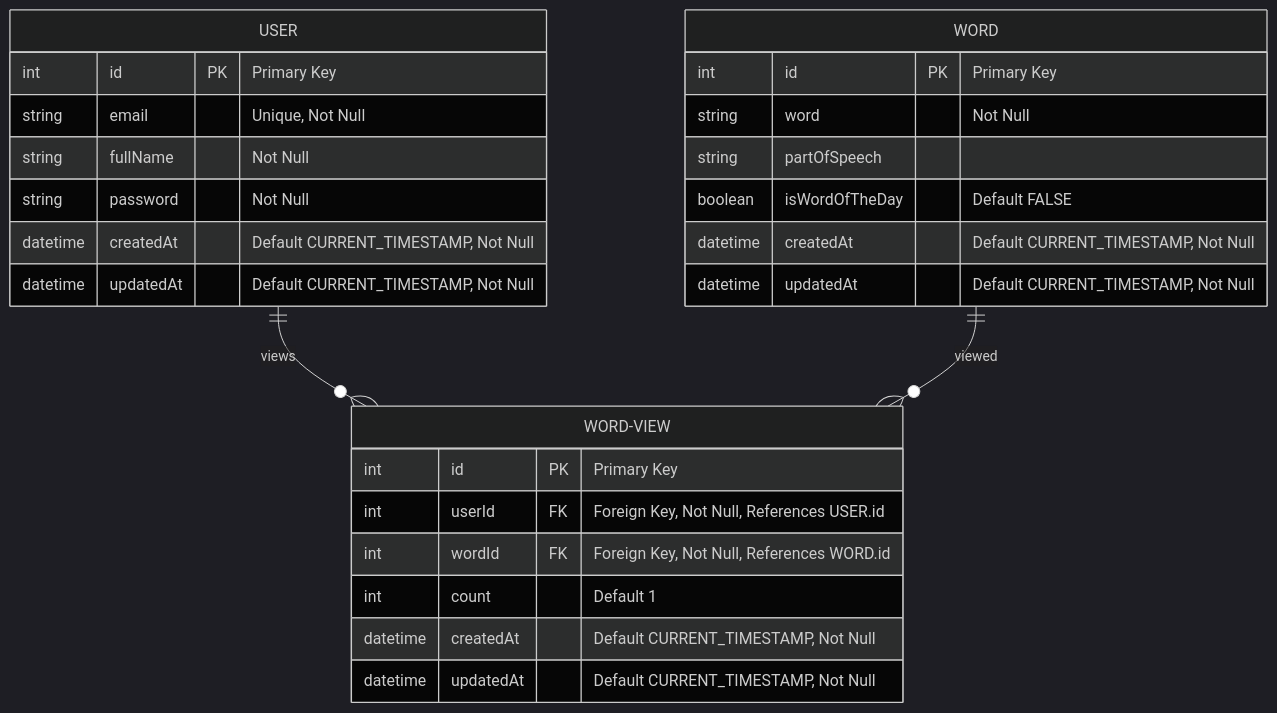
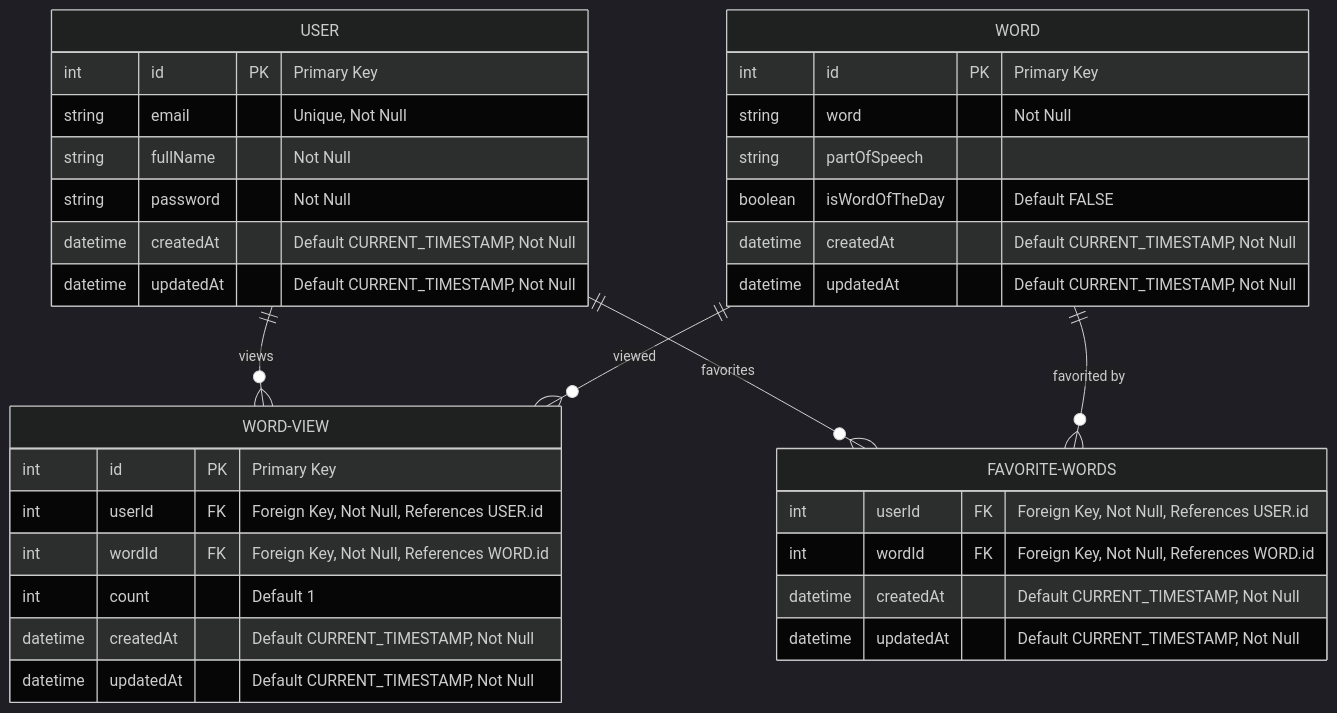
Before and after one commit to GEOFARL/online-dictionary: the diagram in README.md, drawn with Mermaid (dark theme). The commit also changed 19 other files, not shown here.

````diff
--- a/README.md
+++ b/README.md
@@ -11,30 +11,38 @@
 ```mermaid
 erDiagram
     USER ||--o{ WORD-VIEW : views
     WORD ||--o{ WORD-VIEW : viewed
+    USER ||--o{ FAVORITE-WORDS : "favorites"
+    WORD ||--o{ FAVORITE-WORDS : "favorited by"
     USER {
         int id PK "Primary Key"
         string email "Unique, Not Null"
         string fullName "Not Null"
         string password "Not Null"
         datetime createdAt "Default CURRENT_TIMESTAMP, Not Null"
         datetime updatedAt "Default CURRENT_TIMESTAMP, Not Null"
     }
     WORD {
         int id PK "Primary Key"
         string word "Not Null"
         string partOfSpeech
         boolean isWordOfTheDay "Default FALSE"
         datetime createdAt "Default CURRENT_TIMESTAMP, Not Null"
         datetime updatedAt "Default CURRENT_TIMESTAMP, Not Null"
     }
     WORD-VIEW {
         int id PK "Primary Key"
         int userId FK "Foreign Key, Not Null, References USER.id"
         int wordId FK "Foreign Key, Not Null, References WORD.id"
         int count "Default 1"
         datetime createdAt "Default CURRENT_TIMESTAMP, Not Null"
         datetime updatedAt "Default CURRENT_TIMESTAMP, Not Null"
     }
+    FAVORITE-WORDS {
+        int userId FK "Foreign Key, Not Null, References USER.id"
+        int wordId FK "Foreign Key, Not Null, References WORD.id"
+        datetime createdAt "Default CURRENT_TIMESTAMP, Not Null"
+        datetime updatedAt "Default CURRENT_TIMESTAMP, Not Null"
+    }
 
 ```
````
